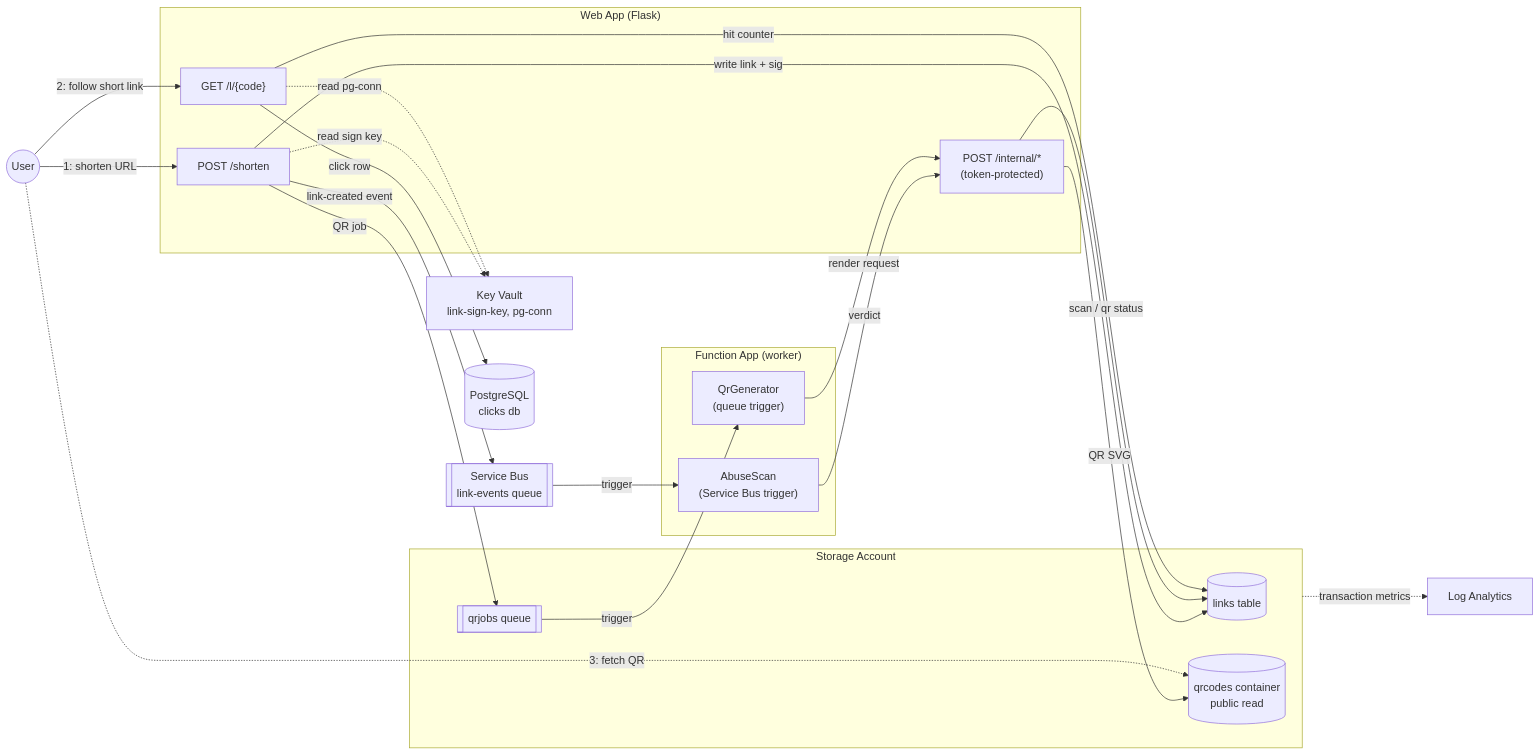
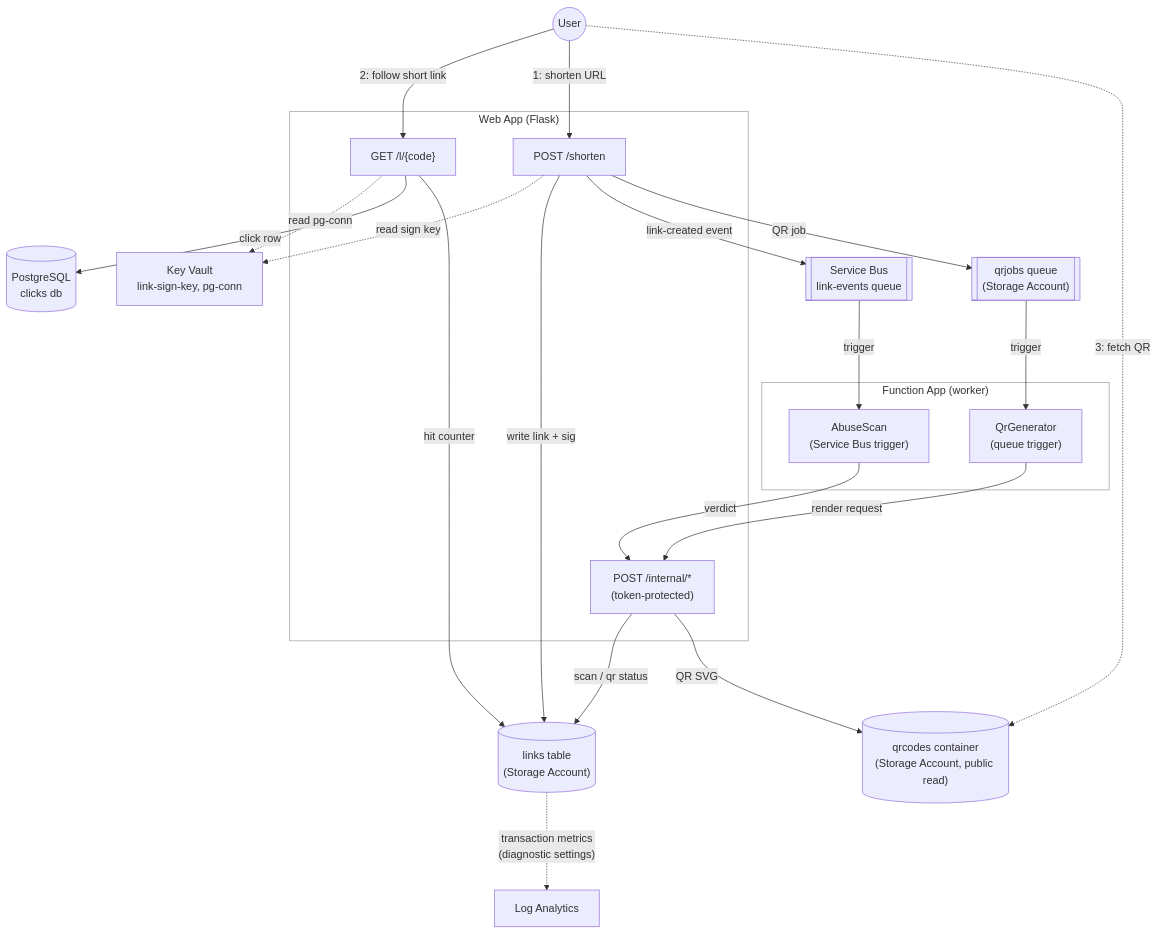
Before and after one commit to localstack/localstack-azure-samples: the diagram in samples/url-shortener/python/README.md, drawn with Mermaid.

Commit message:
Make the url-shortener diagram vertical with white subgraph backgrounds (#116)
* Make the url-shortener diagram vertical with white subgraph backgrounds

The left-to-right layout rendered as a wide ribbon with unreadably small
labels at page width, and the subgraphs used mermaid's default pale-yellow
fill. Switch to top-to-bottom (near-square aspect, full-size text) and
style the subgraphs white with gray borders, matching the treatment the
other samples' diagrams received in #115.

* Untangle the url-shortener diagram's edge routing

The Storage Account subgraph forced links/qrjobs/qrcodes to sit adjacent,
so every edge into them shared one corridor and the arcs overlapped and
merged. Dissolve that cluster into individually placed nodes labeled
"(Storage Account)", group each user journey's edges together, add
node/rank spacing, and route the storage metrics edge from the links
table. Every edge now runs separately with its label on it.

---------

````diff
--- a/samples/url-shortener/python/README.md
+++ b/samples/url-shortener/python/README.md
@@ -25,47 +25,49 @@
 ```mermaid
-flowchart LR
+%%{init: {"flowchart": {"nodeSpacing": 60, "rankSpacing": 80}}}%%
+flowchart TB
     user((User))
 
     subgraph webapp["Web App (Flask)"]
+        follow["GET /l/{code}"]
         shorten["POST /shorten"]
-        follow["GET /l/{code}"]
         internal["POST /internal/*<br/>(token-protected)"]
     end
+
+    kv["Key Vault<br/>link-sign-key, pg-conn"]
+    pg[("PostgreSQL<br/>clicks db")]
+    sb[["Service Bus<br/>link-events queue"]]
+    links[("links table<br/>(Storage Account)")]
+    qrjobs[["qrjobs queue<br/>(Storage Account)"]]
+    qrcodes[("qrcodes container<br/>(Storage Account, public read)")]
+    logs["Log Analytics"]
 
     subgraph functions["Function App (worker)"]
         abuse["AbuseScan<br/>(Service Bus trigger)"]
         qrgen["QrGenerator<br/>(queue trigger)"]
     end
 
-    subgraph storage["Storage Account"]
-        links[("links table")]
-        qrjobs[["qrjobs queue"]]
-        qrcodes[("qrcodes container<br/>public read")]
-    end
+    user -->|"2: follow short link"| follow
+    user -->|"1: shorten URL"| shorten
+    user -.->|"3: fetch QR"| qrcodes
 
-    kv["Key Vault<br/>link-sign-key, pg-conn"]
-    sb[["Service Bus<br/>link-events queue"]]
-    pg[("PostgreSQL<br/>clicks db")]
-    logs["Log Analytics"]
+    follow -.->|"read pg-conn"| kv
+    follow -->|"click row"| pg
+    follow -->|"hit counter"| links
 
-    user -->|"1: shorten URL"| shorten
     shorten -.->|"read sign key"| kv
     shorten -->|"write link + sig"| links
     shorten -->|"link-created event"| sb
     shorten -->|"QR job"| qrjobs
 
     sb -->|"trigger"| abuse
     qrjobs -->|"trigger"| qrgen
     abuse -->|"verdict"| internal
     qrgen -->|"render request"| internal
     internal -->|"scan / qr status"| links
     internal -->|"QR SVG"| qrcodes
 
-    user -->|"2: follow short link"| follow
-    follow -->|"hit counter"| links
-    follow -.->|"read pg-conn"| kv
-    follow -->|"click row"| pg
+    links -.->|"transaction metrics<br/>(diagnostic settings)"| logs
 
-    user -.->|"3: fetch QR"| qrcodes
-    storage -.->|"transaction metrics"| logs
+    style webapp fill:#ffffff,stroke:#999999,color:#333333
+    style functions fill:#ffffff,stroke:#999999,color:#333333
 ```
````
